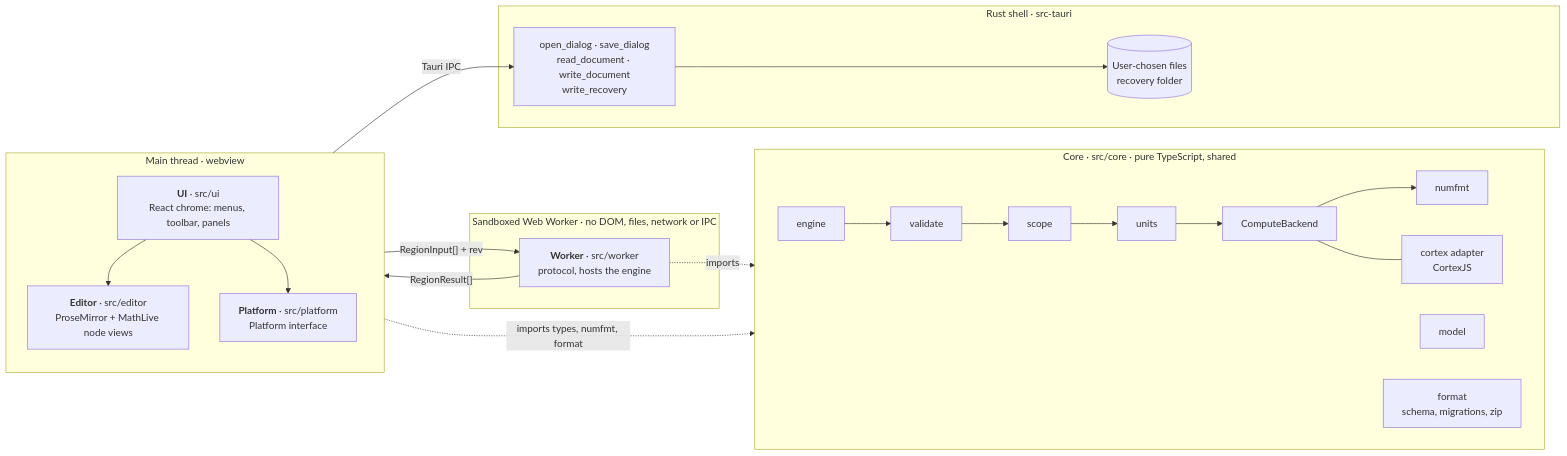
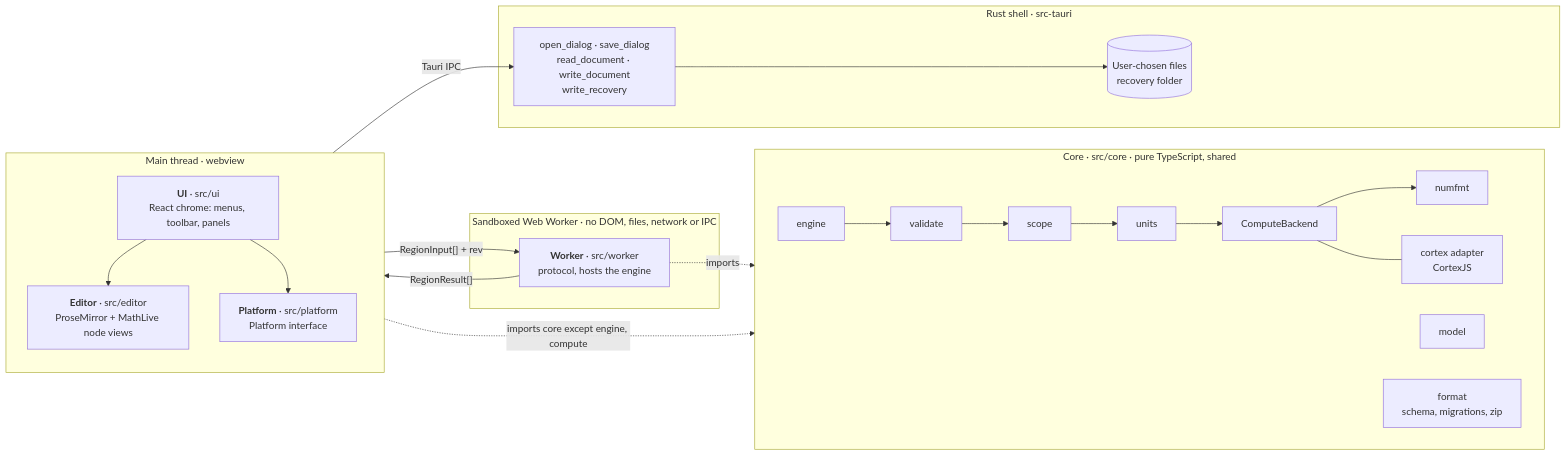
Before and after one commit to PatchedConic/radium-math: the diagram in docs/architecture.md, drawn with Mermaid. The commit also changed other lines of this file and 2 other files, not shown here.

First line of the commit message:
docs: bring architecture and requirements in line with M0 code

````diff
--- a/docs/architecture.md
+++ b/docs/architecture.md
@@ -9,36 +9,36 @@
 ```mermaid
 flowchart LR
   subgraph main["Main thread · webview"]
     direction TB
     UI["<b>UI</b> · src/ui<br/>React chrome: menus, toolbar, panels"]
     ED["<b>Editor</b> · src/editor<br/>ProseMirror + MathLive node views"]
     PL["<b>Platform</b> · src/platform<br/>Platform interface"]
     UI --> ED
     UI --> PL
   end
 
   subgraph wk["Sandboxed Web Worker · no DOM, files, network or IPC"]
     WK["<b>Worker</b> · src/worker<br/>protocol, hosts the engine"]
   end
 
   subgraph core["Core · src/core · pure TypeScript, shared"]
     direction LR
     EN["engine"] --> VA["validate"] --> SC["scope"] --> UN["units"] --> CB["ComputeBackend"] --> NF["numfmt"]
     CB --- CX["cortex adapter<br/>CortexJS"]
     MO["model"]
     FO["format<br/>schema, migrations, zip"]
   end
 
   subgraph rust["Rust shell · src-tauri"]
     CMD["open_dialog · save_dialog<br/>read_document · write_document<br/>write_recovery"]
     FS[("User-chosen files<br/>recovery folder")]
     CMD --> FS
   end
 
   ED -- "RegionInput[] + rev" --> WK
   WK -- "RegionResult[]" --> ED
   PL -- "Tauri IPC" --> CMD
 
   WK -.->|imports| EN
-  ED -.->|"imports types, numfmt, format"| core
+  ED -.->|"imports core except engine, compute"| core
 ```
````
